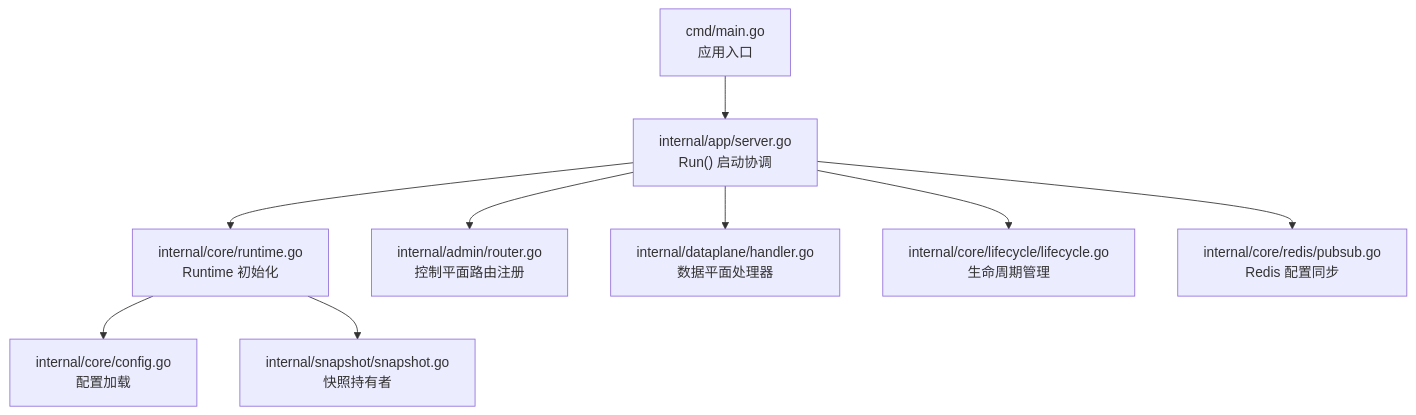
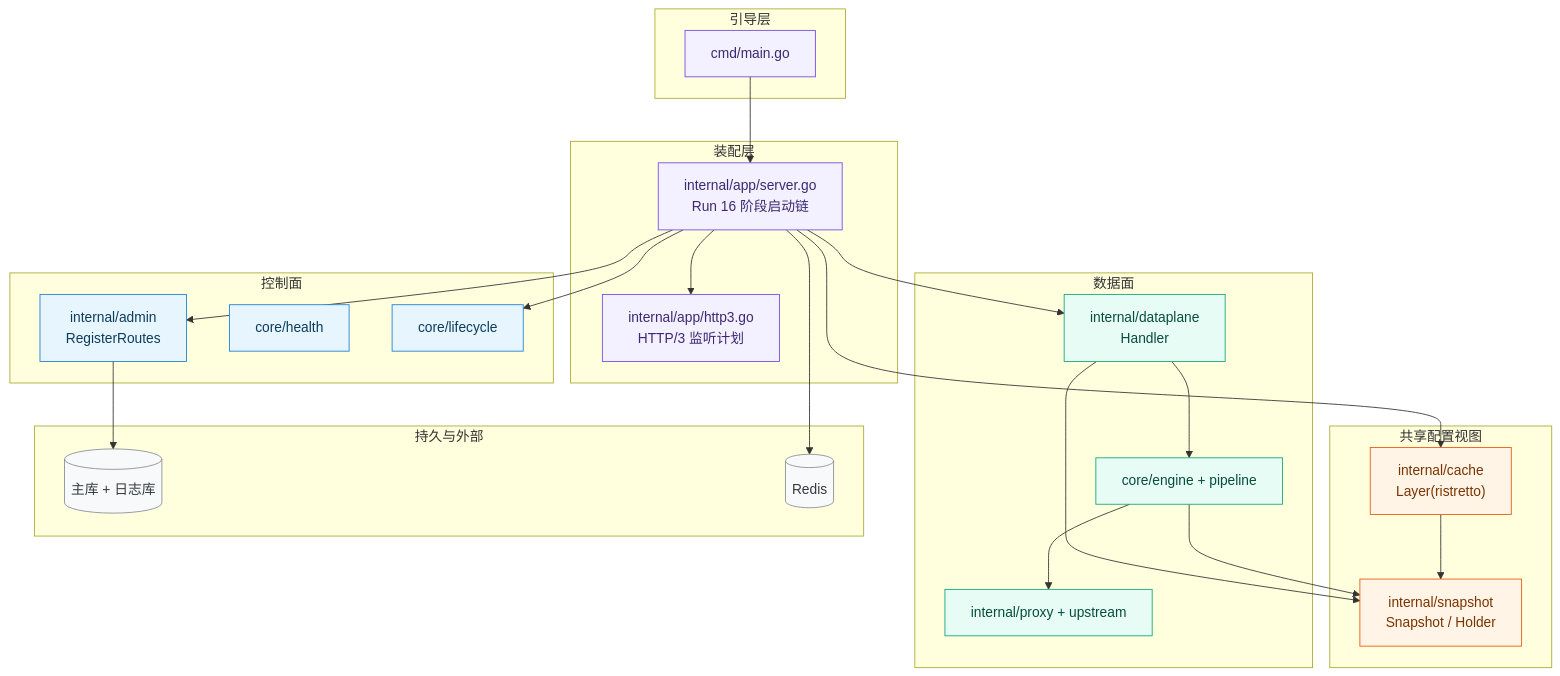
Before and after one commit to x01n/My-OpenWaf: the first of 9 diagrams in docs/系统架构设计/系统架构设计.md, drawn with Mermaid. The commit also changed other lines of this file and 622 other files, not shown here.

````diff
--- a/docs/系统架构设计/系统架构设计.md
+++ b/docs/系统架构设计/系统架构设计.md
@@ -65,11 +77,56 @@
 ```mermaid
-graph TB
-A["cmd/main.go<br/>应用入口"] --> B["internal/app/server.go<br/>Run() 启动协调"]
-B --> C["internal/core/runtime.go<br/>Runtime 初始化"]
-C --> D["internal/core/config.go<br/>配置加载"]
-C --> E["internal/snapshot/snapshot.go<br/>快照持有者"]
-B --> F["internal/admin/router.go<br/>控制平面路由注册"]
-B --> G["internal/dataplane/handler.go<br/>数据平面处理器"]
-B --> H["internal/core/lifecycle/lifecycle.go<br/>生命周期管理"]
-B --> I["internal/core/redis/pubsub.go<br/>Redis 配置同步"]
+flowchart TB
+  subgraph G0["引导层"]
+    MAIN["cmd/main.go"]
+  end
+  subgraph G1["装配层"]
+    RUN["internal/app/server.go<br/>Run 16 阶段启动链"]
+    H3["internal/app/http3.go<br/>HTTP/3 监听计划"]
+  end
+  subgraph G2["控制面"]
+    ADM["internal/admin<br/>RegisterRoutes"]
+    HEALTH["core/health"]
+    LIFE["core/lifecycle"]
+  end
+  subgraph G3["数据面"]
+    DP["internal/dataplane<br/>Handler"]
+    ENG["core/engine + pipeline"]
+    PX["internal/proxy + upstream"]
+  end
+  subgraph G4["共享配置视图"]
+    SNAP["internal/snapshot<br/>Snapshot / Holder"]
+    CACHE["internal/cache<br/>Layer(ristretto)"]
+  end
+  subgraph G5["持久与外部"]
+    DB[("主库 + 日志库")]
+    RDS[("Redis")]
+  end
+  MAIN --> RUN --> H3
+  RUN --> ADM
+  RUN --> LIFE
+  RUN --> DP
+  DP --> ENG --> PX
+  ADM --> DB
+  ENG --> SNAP
+  DP --> SNAP
+  RUN --> CACHE --> SNAP
+  RUN --> RDS
+  classDef boot fill:#f3f0ff,stroke:#7048e8,color:#3b2a72
+  classDef ctl fill:#e7f5ff,stroke:#1c7ed6,color:#0b3d5c
+  classDef data fill:#e6fcf5,stroke:#0ca678,color:#084d3b
+  classDef view fill:#fff4e6,stroke:#e8590c,color:#7a3400
+  classDef infra fill:#f8f9fa,stroke:#868e96,color:#343a40
+  MAIN:::boot
+  RUN:::boot
+  H3:::boot
+  ADM:::ctl
+  HEALTH:::ctl
+  LIFE:::ctl
+  DP:::data
+  ENG:::data
+  PX:::data
+  SNAP:::view
+  CACHE:::view
+  DB:::infra
+  RDS:::infra
 ```
````
